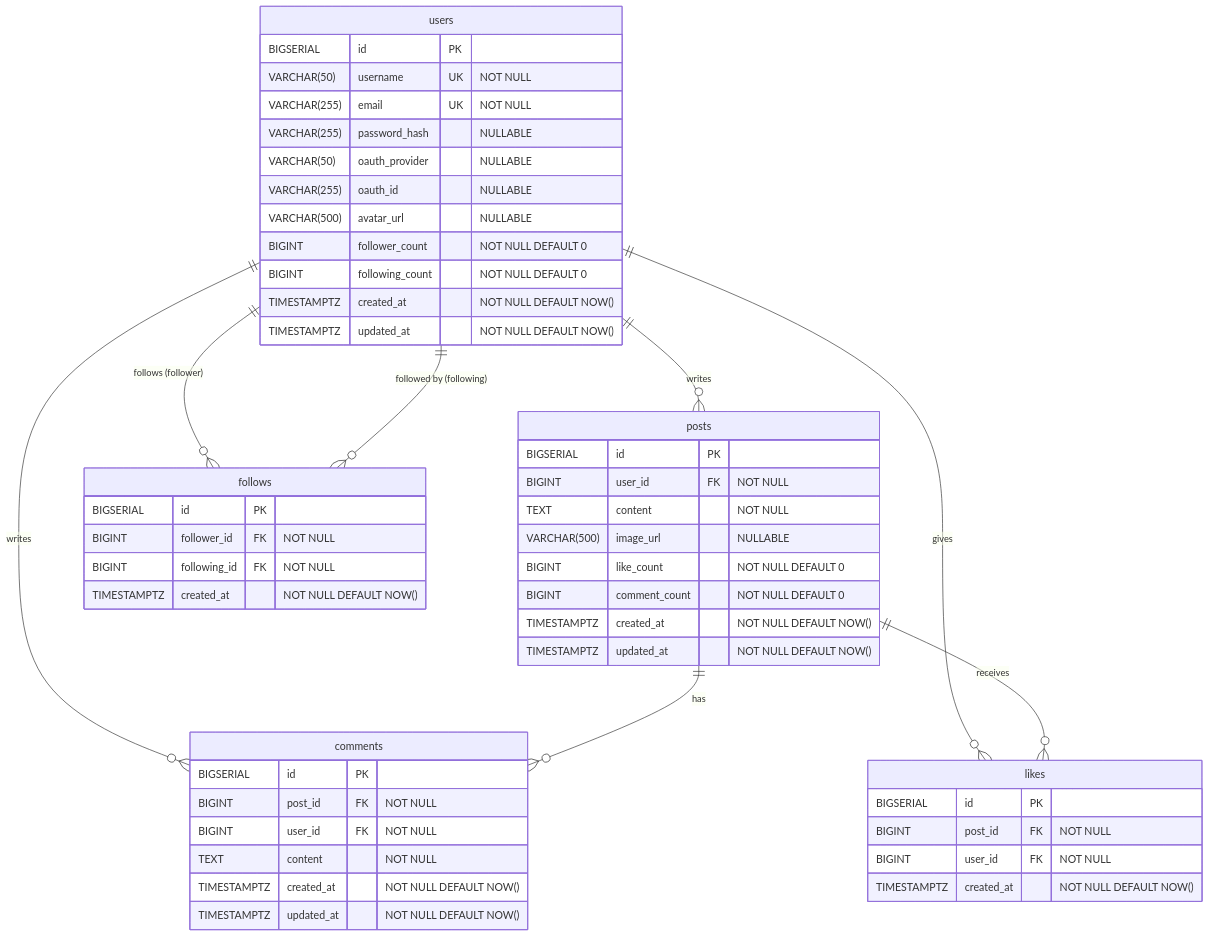
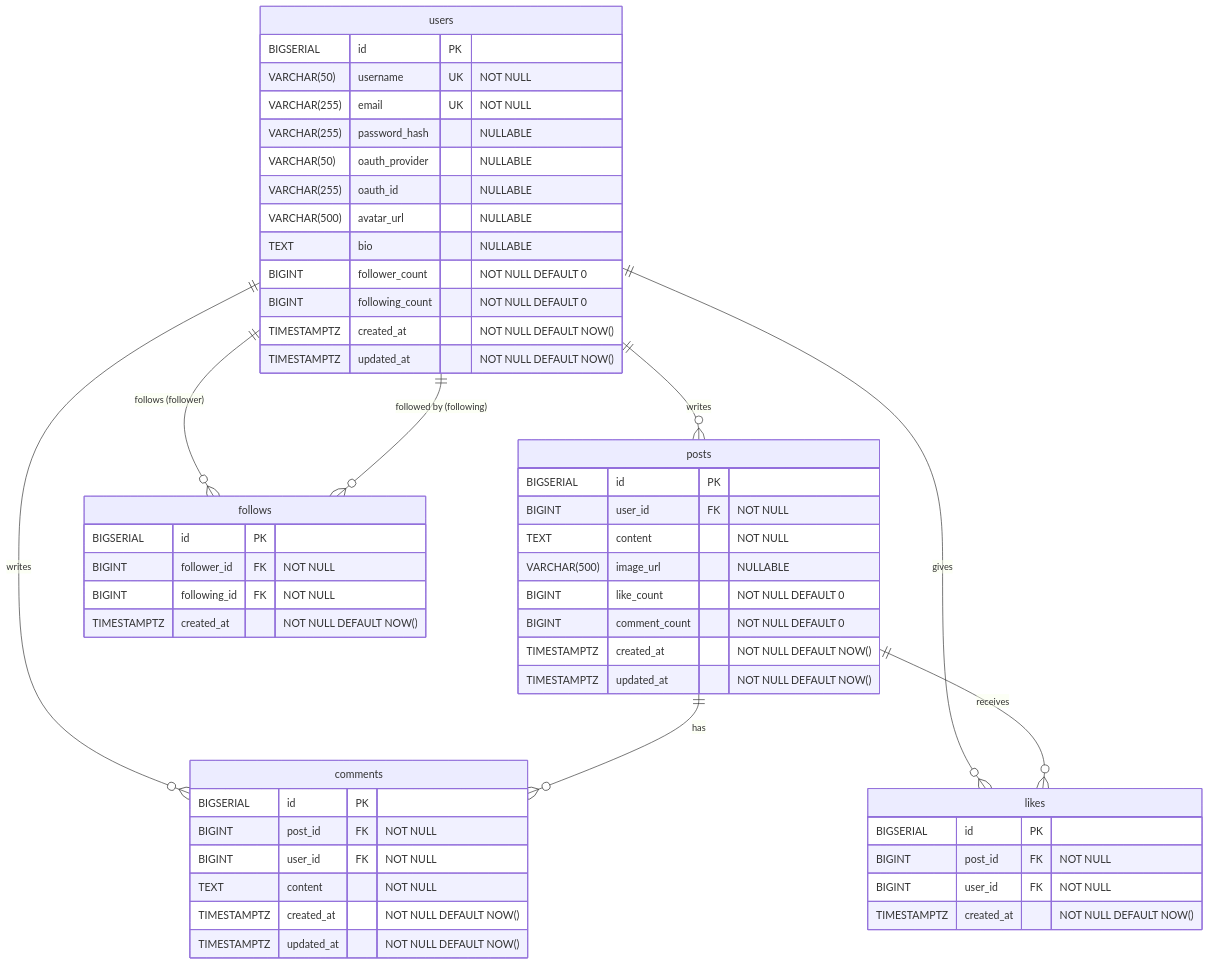
Before and after one commit to saki-nakata/TimeLine: the diagram in docs/DB設計書.md, drawn with Mermaid. The commit also changed other lines of this file and 10 other files, not shown here.

````diff
--- a/docs/DB設計書.md
+++ b/docs/DB設計書.md
@@ -27,58 +27,59 @@
 ```mermaid
 erDiagram
     users {
         BIGSERIAL id PK
         VARCHAR(50) username UK "NOT NULL"
         VARCHAR(255) email UK "NOT NULL"
         VARCHAR(255) password_hash "NULLABLE"
         VARCHAR(50) oauth_provider "NULLABLE"
         VARCHAR(255) oauth_id "NULLABLE"
         VARCHAR(500) avatar_url "NULLABLE"
+        TEXT bio "NULLABLE"
         BIGINT follower_count "NOT NULL DEFAULT 0"
         BIGINT following_count "NOT NULL DEFAULT 0"
         TIMESTAMPTZ created_at "NOT NULL DEFAULT NOW()"
         TIMESTAMPTZ updated_at "NOT NULL DEFAULT NOW()"
     }
 
     posts {
         BIGSERIAL id PK
         BIGINT user_id FK "NOT NULL"
         TEXT content "NOT NULL"
         VARCHAR(500) image_url "NULLABLE"
         BIGINT like_count "NOT NULL DEFAULT 0"
         BIGINT comment_count "NOT NULL DEFAULT 0"
         TIMESTAMPTZ created_at "NOT NULL DEFAULT NOW()"
         TIMESTAMPTZ updated_at "NOT NULL DEFAULT NOW()"
     }
 
     comments {
         BIGSERIAL id PK
         BIGINT post_id FK "NOT NULL"
         BIGINT user_id FK "NOT NULL"
         TEXT content "NOT NULL"
         TIMESTAMPTZ created_at "NOT NULL DEFAULT NOW()"
         TIMESTAMPTZ updated_at "NOT NULL DEFAULT NOW()"
     }
 
     likes {
         BIGSERIAL id PK
         BIGINT post_id FK "NOT NULL"
         BIGINT user_id FK "NOT NULL"
         TIMESTAMPTZ created_at "NOT NULL DEFAULT NOW()"
     }
 
     follows {
         BIGSERIAL id PK
         BIGINT follower_id FK "NOT NULL"
         BIGINT following_id FK "NOT NULL"
         TIMESTAMPTZ created_at "NOT NULL DEFAULT NOW()"
     }
 
     users ||--o{ posts : "writes"
     users ||--o{ comments : "writes"
     users ||--o{ likes : "gives"
     users ||--o{ follows : "follows (follower)"
     users ||--o{ follows : "followed by (following)"
     posts ||--o{ comments : "has"
     posts ||--o{ likes : "receives"
 ```
````
